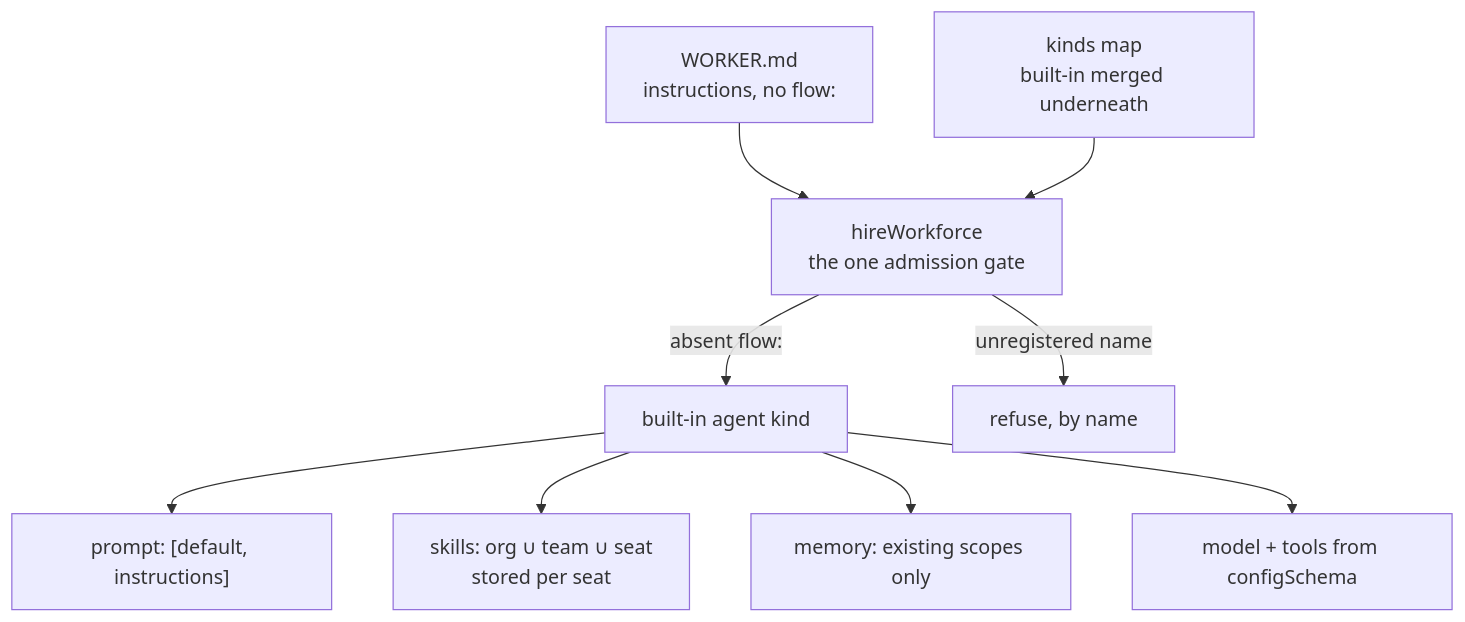
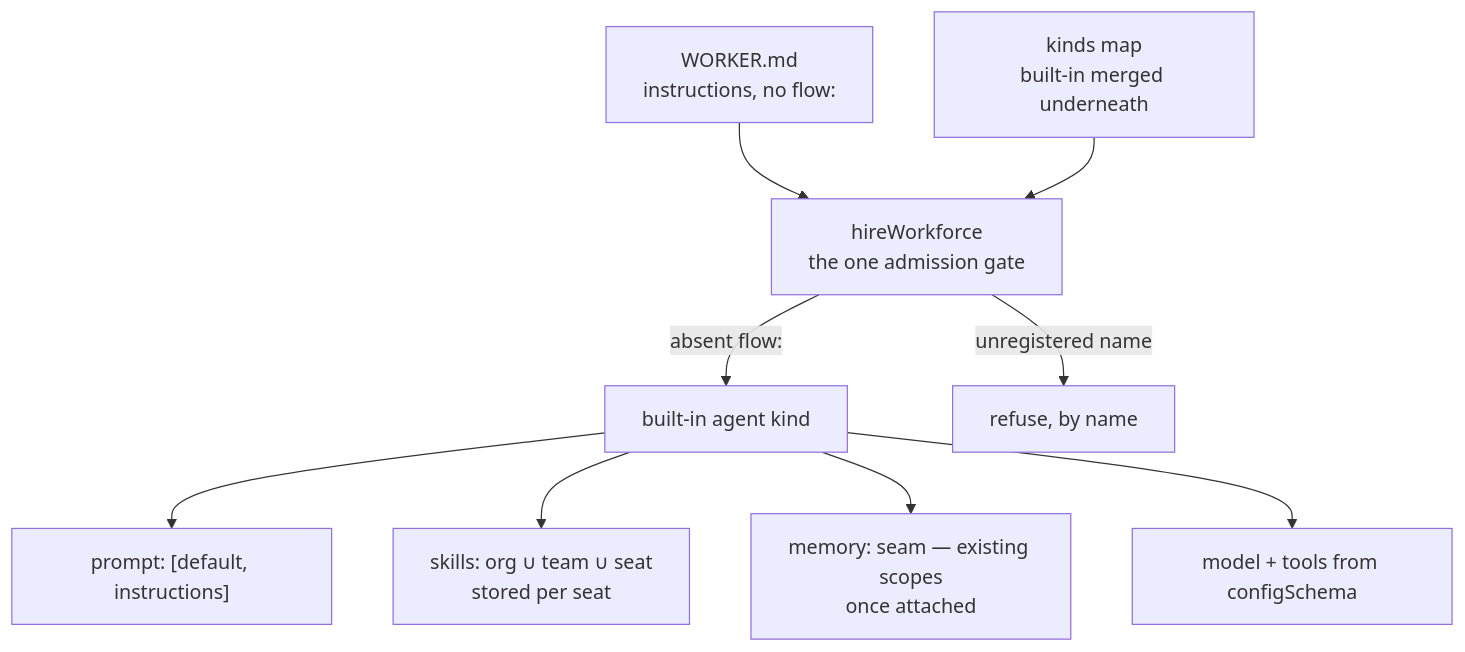
The diagram in spec/FIX-1361.md (fixpoint-labs/flow-state-dev), drawn with Mermaid before and after one commit. The commit also changed other lines of this file, not shown here.

First line of the commit message:
spec(FIX-1361): fold cross-spec findings + Architect C5 memory ruling

````diff
--- a/spec/FIX-1361.md
+++ b/spec/FIX-1361.md
@@ -206,11 +206,11 @@
 ```mermaid
 flowchart TD
   W["WORKER.md<br/>instructions, no flow:"] --> H[hireWorkforce<br/>the one admission gate]
   K["kinds map<br/>built-in merged underneath"] --> H
   H -->|absent flow:| A[built-in agent kind]
   H -->|unregistered name| X[refuse, by name]
   A --> P["prompt: [default, instructions]"]
   A --> S["skills: org ∪ team ∪ seat<br/>stored per seat"]
-  A --> M["memory: existing scopes only"]
+  A --> M["memory: seam — existing scopes<br/>once attached"]
   A --> T[model + tools from configSchema]
 ```
````
